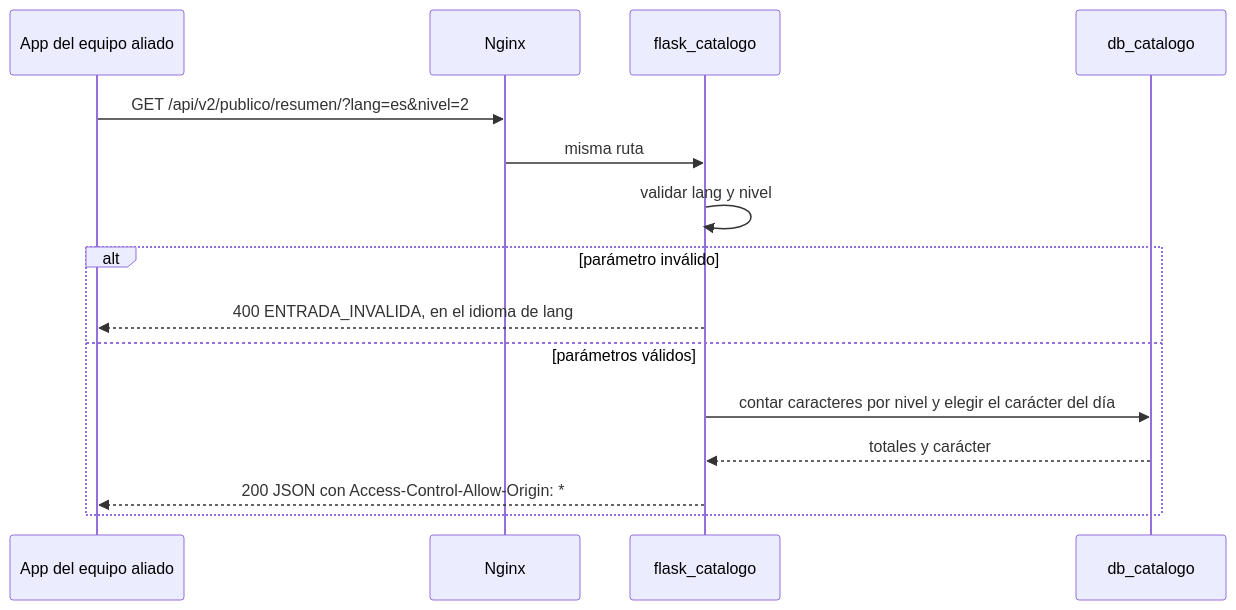
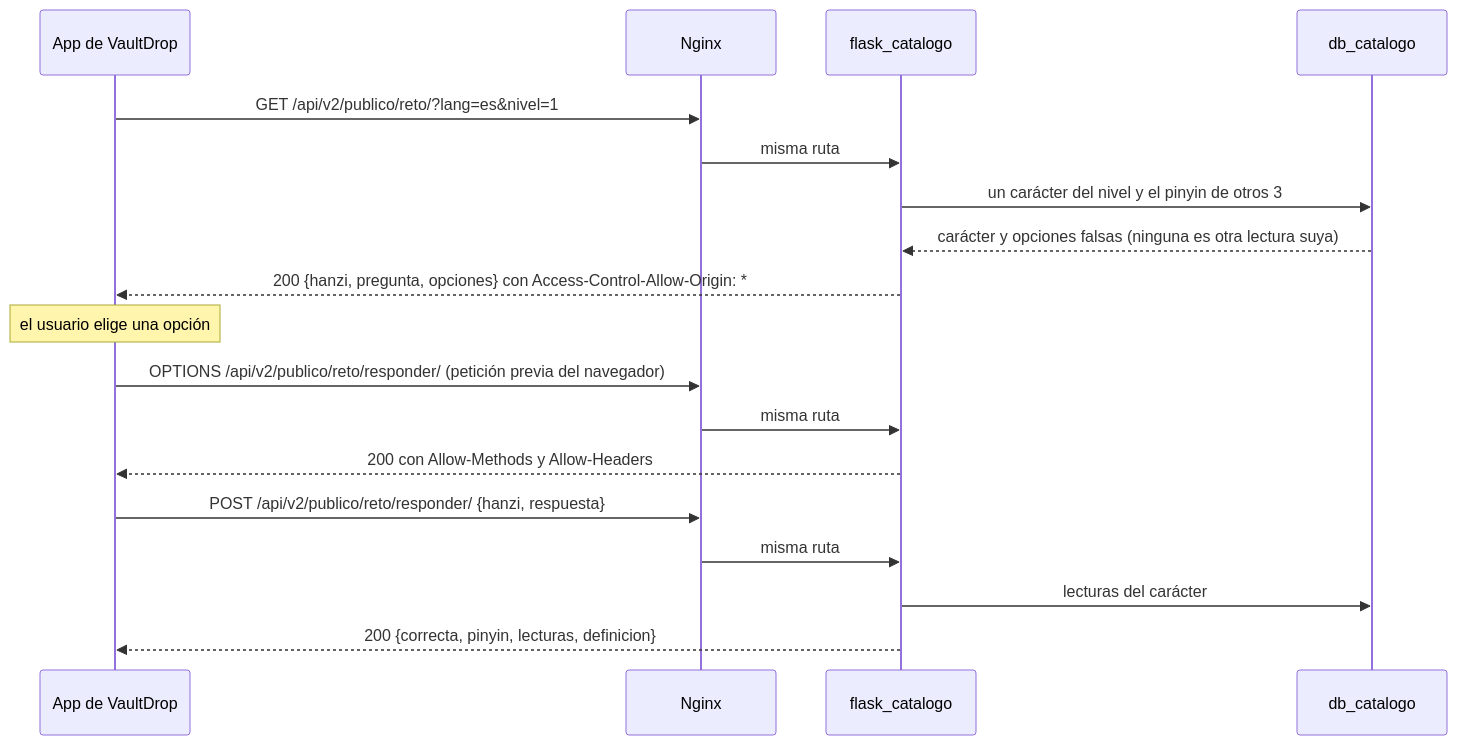
Before and after one commit to jalvarez01/HanZi-Mentor: the ninth of 10 diagrams in docs/wiki/Entrega-II.md, drawn with Mermaid. The commit also changed other lines of this file, not shown here.

Commit message:
docs(wiki): servicios, i18n, requisitos y diagramas del aliado en la Entrega II

````diff
--- a/docs/wiki/Entrega-II.md
+++ b/docs/wiki/Entrega-II.md
@@ -511,19 +521,23 @@
 ```mermaid
 sequenceDiagram
-    participant A as App del equipo aliado
+    participant A as App de VaultDrop
     participant N as Nginx
     participant C as flask_catalogo
     participant DB as db_catalogo
 
-    A->>N: GET /api/v2/publico/resumen/?lang=es&nivel=2
+    A->>N: GET /api/v2/publico/reto/?lang=es&nivel=1
     N->>C: misma ruta
-    C->>C: validar lang y nivel
+    C->>DB: un carácter del nivel y el pinyin de otros 3
+    DB-->>C: carácter y opciones falsas (ninguna es otra lectura suya)
+    C-->>A: 200 {hanzi, pregunta, opciones} con Access-Control-Allow-Origin: *
 
-    alt parámetro inválido
-        C-->>A: 400 ENTRADA_INVALIDA, en el idioma de lang
-    else parámetros válidos
-        C->>DB: contar caracteres por nivel y elegir el carácter del día
-        DB-->>C: totales y carácter
-        C-->>A: 200 JSON con Access-Control-Allow-Origin: *
-    end
+    Note over A: el usuario elige una opción
+
+    A->>N: OPTIONS /api/v2/publico/reto/responder/ (petición previa del navegador)
+    N->>C: misma ruta
+    C-->>A: 200 con Allow-Methods y Allow-Headers
+    A->>N: POST /api/v2/publico/reto/responder/ {hanzi, respuesta}
+    N->>C: misma ruta
+    C->>DB: lecturas del carácter
+    C-->>A: 200 {correcta, pinyin, lecturas, definicion}
 ```
````
